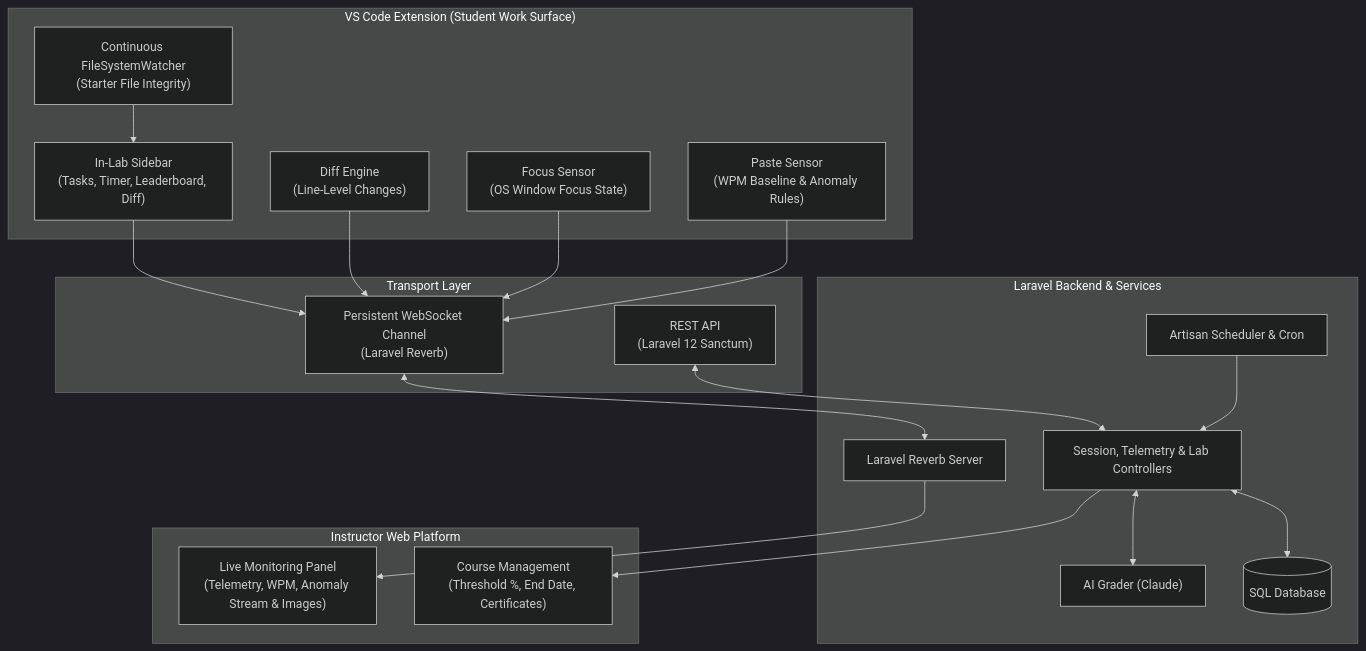
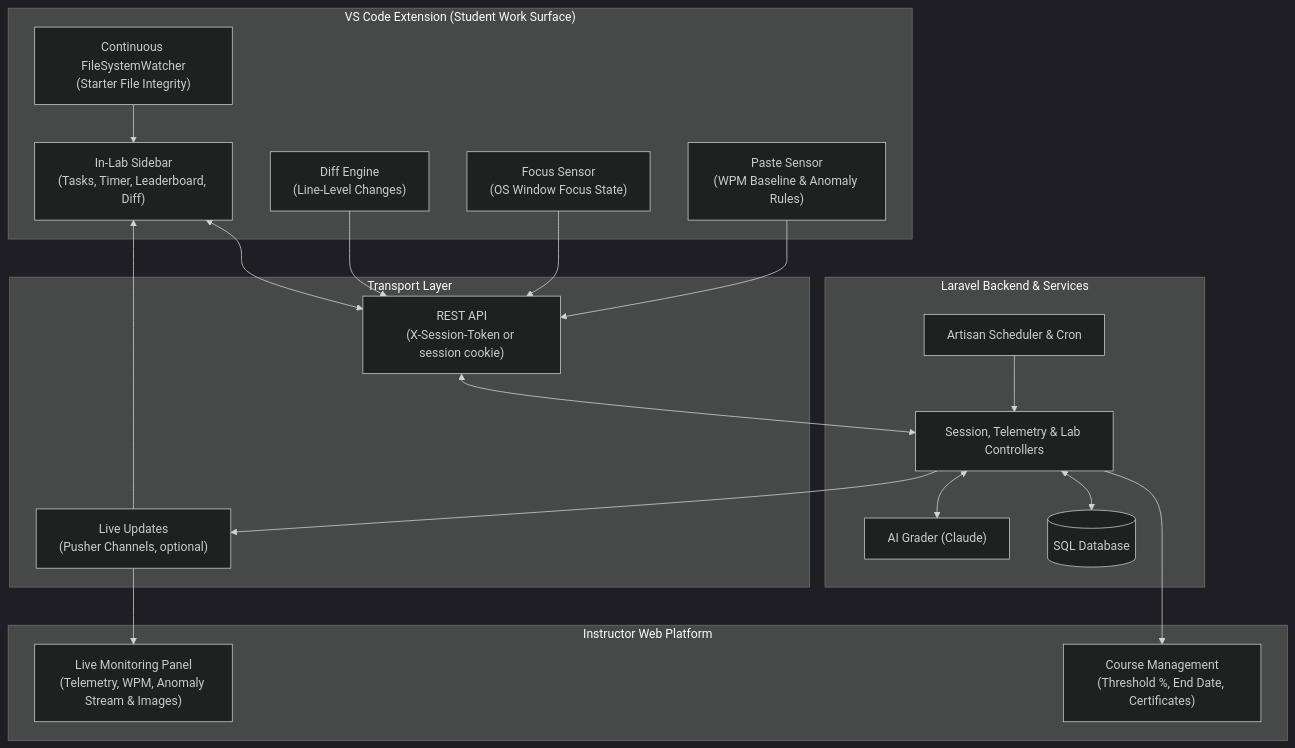
Before and after one commit to vhengie02/Certicode-Labs: the diagram in README.md, drawn with Mermaid (dark theme). The commit also changed other lines of this file and 104 other files, not shown here.

````diff
--- a/README.md
+++ b/README.md
@@ -101,42 +101,42 @@
 ```mermaid
 flowchart TD
     subgraph Client ["VS Code Extension (Student Work Surface)"]
         Sidebar["In-Lab Sidebar<br/>(Tasks, Timer, Leaderboard, Diff)"]
         Watcher["Continuous FileSystemWatcher<br/>(Starter File Integrity)"]
         DiffEngine["Diff Engine<br/>(Line-Level Changes)"]
         FocusSensor["Focus Sensor<br/>(OS Window Focus State)"]
         PasteSensor["Paste Sensor<br/>(WPM Baseline & Anomaly Rules)"]
     end
 
     subgraph Transport ["Transport Layer"]
-        WS["Persistent WebSocket Channel<br/>(Laravel Reverb)"]
-        REST["REST API<br/>(Laravel 12 Sanctum)"]
+        WS["Live Updates<br/>(Pusher Channels, optional)"]
+        REST["REST API<br/>(X-Session-Token or session cookie)"]
     end
 
     subgraph Backend ["Laravel Backend & Services"]
-        Reverb["Laravel Reverb Server"]
         Controllers["Session, Telemetry & Lab Controllers"]
         AIService["AI Grader (Claude)"]
         DB[(SQL Database)]
         Scheduler["Artisan Scheduler & Cron"]
     end
 
     subgraph Instructor ["Instructor Web Platform"]
         Monitor["Live Monitoring Panel<br/>(Telemetry, WPM, Anomaly Stream & Images)"]
         CourseSettings["Course Management<br/>(Threshold %, End Date, Certificates)"]
     end
 
-    Sidebar --> WS
-    DiffEngine --> WS
-    FocusSensor --> WS
-    PasteSensor --> WS
+    Sidebar <--> REST
+    DiffEngine --> REST
+    FocusSensor --> REST
+    PasteSensor --> REST
     Watcher --> Sidebar
     
-    WS <--> Reverb
     REST <--> Controllers
-    Reverb --> Monitor
+    Controllers --> WS
+    WS --> Sidebar
+    WS --> Monitor
     Controllers <--> DB
     Controllers <--> AIService
     Scheduler --> Controllers
     Controllers --> CourseSettings
 ```
````
